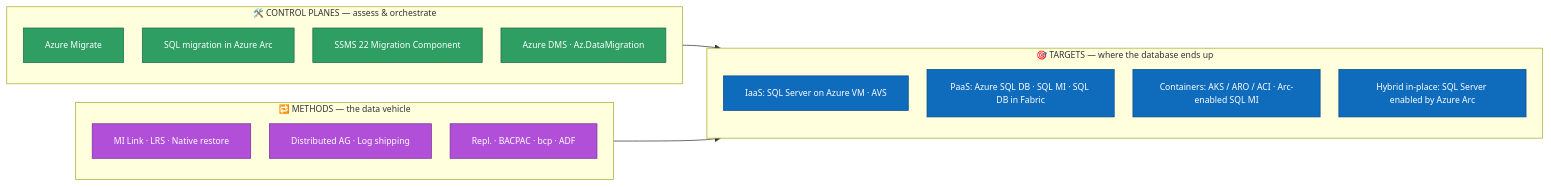
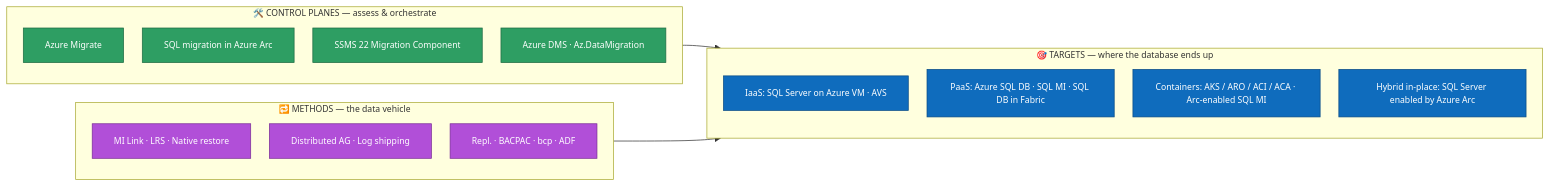
One commit to fredgis/FY27SQLMotion changed the first of 3 diagrams in docs/sql-server-to-azure-migration.md. Above: the diagram before and after it, drawn with Mermaid. The commit also changed other lines of this file, not shown here.

First line of the commit message:
docs: incorporate 4th audit — DMS classic retirement, MI Link SQL 2025, ACA, tooling timeline

````diff
--- a/docs/sql-server-to-azure-migration.md
+++ b/docs/sql-server-to-azure-migration.md
@@ -31,32 +32,32 @@
 ```mermaid
 %%{init: {'flowchart': {'nodeSpacing': 26, 'rankSpacing': 34}, 'themeVariables': {'fontSize': '12px'}}}%%
 flowchart LR
     subgraph TGT["🎯 TARGETS — where the database ends up"]
         direction TB
         G1[IaaS: SQL Server on Azure VM · AVS]
         G2[PaaS: Azure SQL DB · SQL MI · SQL DB in Fabric]
-        G3[Containers: AKS / ARO / ACI · Arc-enabled SQL MI]
+        G3[Containers: AKS / ARO / ACI / ACA · Arc-enabled SQL MI]
         G4[Hybrid in-place: SQL Server enabled by Azure Arc]
     end
     subgraph CTL["🛠️ CONTROL PLANES — assess &amp; orchestrate"]
         direction TB
         C1[Azure Migrate]
         C2[SQL migration in Azure Arc]
         C3[SSMS 22 Migration Component]
         C4[Azure DMS · Az.DataMigration]
     end
     subgraph MTH["🔁 METHODS — the data vehicle"]
         direction TB
         M1[MI Link · LRS · Native restore]
         M2[Distributed AG · Log shipping]
         M3[Repl. · BACPAC · bcp · ADF]
     end
     CTL --> TGT
     MTH --> TGT
     classDef t fill:#0F6CBD,stroke:#0A4C86,color:#fff;
     classDef c fill:#2E9E63,stroke:#1F6B43,color:#fff;
     classDef m fill:#B14FD8,stroke:#7A2E97,color:#fff;
     class G1,G2,G3,G4 t;
     class C1,C2,C3,C4 c;
     class M1,M2,M3 m;
 ```
````
